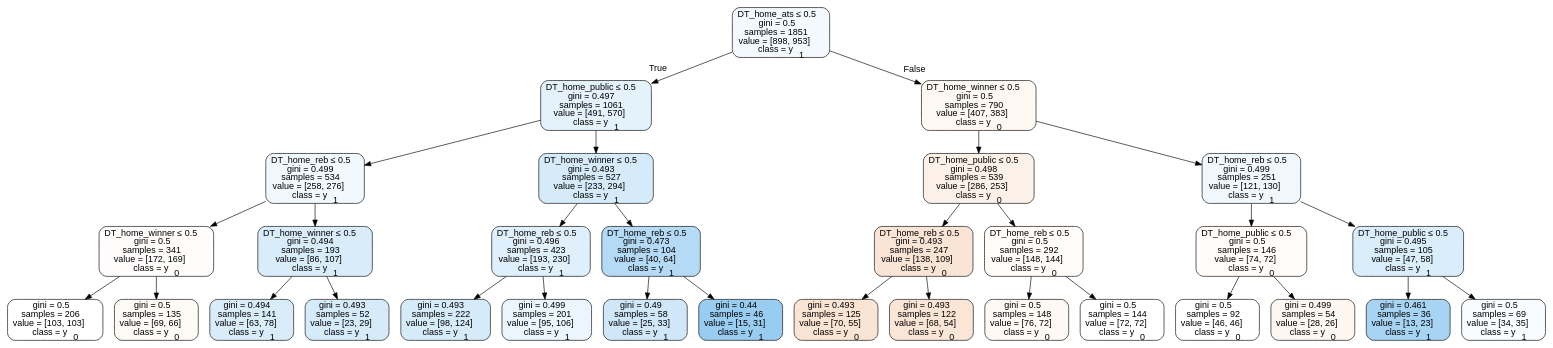
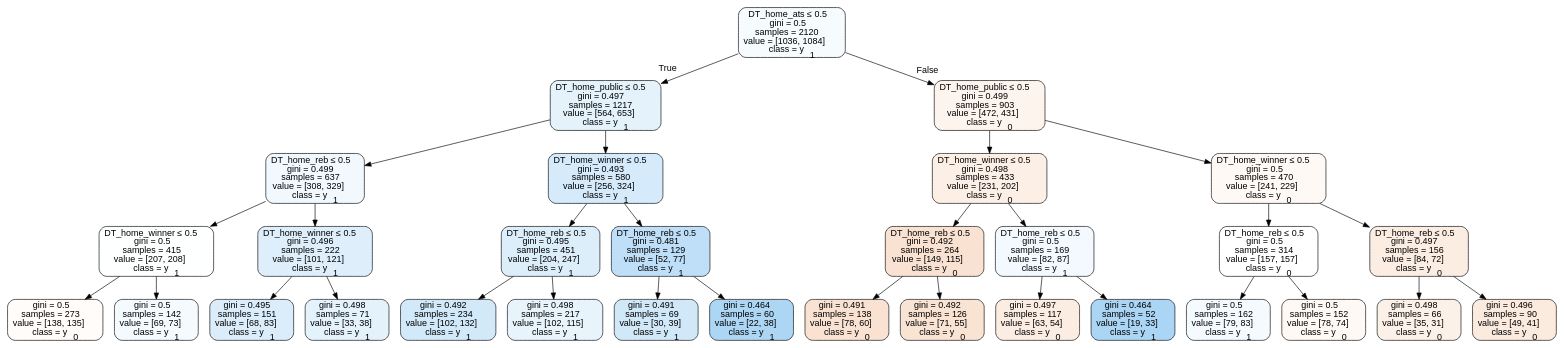
The diagram in Basketball/data/trees/tree2012neutral.dot (usbogie/ncaa-bets), drawn with Graphviz before and after one commit. The commit also changed 23 other files, not shown here.

```diff
--- a/Basketball/data/trees/tree2012neutral.dot
+++ b/Basketball/data/trees/tree2012neutral.dot
@@ -1,65 +1,65 @@
 digraph Tree {
 node [shape=box, style="filled, rounded", color="black", fontname=helvetica] ;
 edge [fontname=helvetica] ;
-0 [label=<DT_home_ats &le; 0.5<br/>gini = 0.5<br/>samples = 1851<br/>value = [898, 953]<br/>class = y<SUB>1</SUB>>, fillcolor="#399de50f"] ;
-1 [label=<DT_home_public &le; 0.5<br/>gini = 0.497<br/>samples = 1061<br/>value = [491, 570]<br/>class = y<SUB>1</SUB>>, fillcolor="#399de523"] ;
+0 [label=<DT_home_ats &le; 0.5<br/>gini = 0.5<br/>samples = 2120<br/>value = [1036, 1084]<br/>class = y<SUB>1</SUB>>, fillcolor="#399de50b"] ;
+1 [label=<DT_home_public &le; 0.5<br/>gini = 0.497<br/>samples = 1217<br/>value = [564, 653]<br/>class = y<SUB>1</SUB>>, fillcolor="#399de523"] ;
 0 -> 1 [labeldistance=2.5, labelangle=45, headlabel="True"] ;
-2 [label=<DT_home_reb &le; 0.5<br/>gini = 0.499<br/>samples = 534<br/>value = [258, 276]<br/>class = y<SUB>1</SUB>>, fillcolor="#399de511"] ;
+2 [label=<DT_home_reb &le; 0.5<br/>gini = 0.499<br/>samples = 637<br/>value = [308, 329]<br/>class = y<SUB>1</SUB>>, fillcolor="#399de510"] ;
 1 -> 2 ;
-3 [label=<DT_home_winner &le; 0.5<br/>gini = 0.5<br/>samples = 341<br/>value = [172, 169]<br/>class = y<SUB>0</SUB>>, fillcolor="#e5813904"] ;
+3 [label=<DT_home_winner &le; 0.5<br/>gini = 0.5<br/>samples = 415<br/>value = [207, 208]<br/>class = y<SUB>1</SUB>>, fillcolor="#399de501"] ;
 2 -> 3 ;
-4 [label=<gini = 0.5<br/>samples = 206<br/>value = [103, 103]<br/>class = y<SUB>0</SUB>>, fillcolor="#e5813900"] ;
+4 [label=<gini = 0.5<br/>samples = 273<br/>value = [138, 135]<br/>class = y<SUB>0</SUB>>, fillcolor="#e5813906"] ;
 3 -> 4 ;
-5 [label=<gini = 0.5<br/>samples = 135<br/>value = [69, 66]<br/>class = y<SUB>0</SUB>>, fillcolor="#e581390b"] ;
+5 [label=<gini = 0.5<br/>samples = 142<br/>value = [69, 73]<br/>class = y<SUB>1</SUB>>, fillcolor="#399de50e"] ;
 3 -> 5 ;
-6 [label=<DT_home_winner &le; 0.5<br/>gini = 0.494<br/>samples = 193<br/>value = [86, 107]<br/>class = y<SUB>1</SUB>>, fillcolor="#399de532"] ;
+6 [label=<DT_home_winner &le; 0.5<br/>gini = 0.496<br/>samples = 222<br/>value = [101, 121]<br/>class = y<SUB>1</SUB>>, fillcolor="#399de52a"] ;
 2 -> 6 ;
-7 [label=<gini = 0.494<br/>samples = 141<br/>value = [63, 78]<br/>class = y<SUB>1</SUB>>, fillcolor="#399de531"] ;
+7 [label=<gini = 0.495<br/>samples = 151<br/>value = [68, 83]<br/>class = y<SUB>1</SUB>>, fillcolor="#399de52e"] ;
 6 -> 7 ;
-8 [label=<gini = 0.493<br/>samples = 52<br/>value = [23, 29]<br/>class = y<SUB>1</SUB>>, fillcolor="#399de535"] ;
+8 [label=<gini = 0.498<br/>samples = 71<br/>value = [33, 38]<br/>class = y<SUB>1</SUB>>, fillcolor="#399de522"] ;
 6 -> 8 ;
-9 [label=<DT_home_winner &le; 0.5<br/>gini = 0.493<br/>samples = 527<br/>value = [233, 294]<br/>class = y<SUB>1</SUB>>, fillcolor="#399de535"] ;
+9 [label=<DT_home_winner &le; 0.5<br/>gini = 0.493<br/>samples = 580<br/>value = [256, 324]<br/>class = y<SUB>1</SUB>>, fillcolor="#399de536"] ;
 1 -> 9 ;
-10 [label=<DT_home_reb &le; 0.5<br/>gini = 0.496<br/>samples = 423<br/>value = [193, 230]<br/>class = y<SUB>1</SUB>>, fillcolor="#399de529"] ;
+10 [label=<DT_home_reb &le; 0.5<br/>gini = 0.495<br/>samples = 451<br/>value = [204, 247]<br/>class = y<SUB>1</SUB>>, fillcolor="#399de52c"] ;
 9 -> 10 ;
-11 [label=<gini = 0.493<br/>samples = 222<br/>value = [98, 124]<br/>class = y<SUB>1</SUB>>, fillcolor="#399de535"] ;
+11 [label=<gini = 0.492<br/>samples = 234<br/>value = [102, 132]<br/>class = y<SUB>1</SUB>>, fillcolor="#399de53a"] ;
 10 -> 11 ;
-12 [label=<gini = 0.499<br/>samples = 201<br/>value = [95, 106]<br/>class = y<SUB>1</SUB>>, fillcolor="#399de51a"] ;
+12 [label=<gini = 0.498<br/>samples = 217<br/>value = [102, 115]<br/>class = y<SUB>1</SUB>>, fillcolor="#399de51d"] ;
 10 -> 12 ;
-13 [label=<DT_home_reb &le; 0.5<br/>gini = 0.473<br/>samples = 104<br/>value = [40, 64]<br/>class = y<SUB>1</SUB>>, fillcolor="#399de560"] ;
+13 [label=<DT_home_reb &le; 0.5<br/>gini = 0.481<br/>samples = 129<br/>value = [52, 77]<br/>class = y<SUB>1</SUB>>, fillcolor="#399de553"] ;
 9 -> 13 ;
-14 [label=<gini = 0.49<br/>samples = 58<br/>value = [25, 33]<br/>class = y<SUB>1</SUB>>, fillcolor="#399de53e"] ;
+14 [label=<gini = 0.491<br/>samples = 69<br/>value = [30, 39]<br/>class = y<SUB>1</SUB>>, fillcolor="#399de53b"] ;
 13 -> 14 ;
-15 [label=<gini = 0.44<br/>samples = 46<br/>value = [15, 31]<br/>class = y<SUB>1</SUB>>, fillcolor="#399de584"] ;
+15 [label=<gini = 0.464<br/>samples = 60<br/>value = [22, 38]<br/>class = y<SUB>1</SUB>>, fillcolor="#399de56b"] ;
 13 -> 15 ;
-16 [label=<DT_home_winner &le; 0.5<br/>gini = 0.5<br/>samples = 790<br/>value = [407, 383]<br/>class = y<SUB>0</SUB>>, fillcolor="#e581390f"] ;
+16 [label=<DT_home_public &le; 0.5<br/>gini = 0.499<br/>samples = 903<br/>value = [472, 431]<br/>class = y<SUB>0</SUB>>, fillcolor="#e5813916"] ;
 0 -> 16 [labeldistance=2.5, labelangle=-45, headlabel="False"] ;
-17 [label=<DT_home_public &le; 0.5<br/>gini = 0.498<br/>samples = 539<br/>value = [286, 253]<br/>class = y<SUB>0</SUB>>, fillcolor="#e581391d"] ;
+17 [label=<DT_home_winner &le; 0.5<br/>gini = 0.498<br/>samples = 433<br/>value = [231, 202]<br/>class = y<SUB>0</SUB>>, fillcolor="#e5813920"] ;
 16 -> 17 ;
-18 [label=<DT_home_reb &le; 0.5<br/>gini = 0.493<br/>samples = 247<br/>value = [138, 109]<br/>class = y<SUB>0</SUB>>, fillcolor="#e5813936"] ;
+18 [label=<DT_home_reb &le; 0.5<br/>gini = 0.492<br/>samples = 264<br/>value = [149, 115]<br/>class = y<SUB>0</SUB>>, fillcolor="#e581393a"] ;
 17 -> 18 ;
-19 [label=<gini = 0.493<br/>samples = 125<br/>value = [70, 55]<br/>class = y<SUB>0</SUB>>, fillcolor="#e5813937"] ;
+19 [label=<gini = 0.491<br/>samples = 138<br/>value = [78, 60]<br/>class = y<SUB>0</SUB>>, fillcolor="#e581393b"] ;
 18 -> 19 ;
-20 [label=<gini = 0.493<br/>samples = 122<br/>value = [68, 54]<br/>class = y<SUB>0</SUB>>, fillcolor="#e5813934"] ;
+20 [label=<gini = 0.492<br/>samples = 126<br/>value = [71, 55]<br/>class = y<SUB>0</SUB>>, fillcolor="#e5813939"] ;
 18 -> 20 ;
-21 [label=<DT_home_reb &le; 0.5<br/>gini = 0.5<br/>samples = 292<br/>value = [148, 144]<br/>class = y<SUB>0</SUB>>, fillcolor="#e5813907"] ;
+21 [label=<DT_home_reb &le; 0.5<br/>gini = 0.5<br/>samples = 169<br/>value = [82, 87]<br/>class = y<SUB>1</SUB>>, fillcolor="#399de50f"] ;
 17 -> 21 ;
-22 [label=<gini = 0.5<br/>samples = 148<br/>value = [76, 72]<br/>class = y<SUB>0</SUB>>, fillcolor="#e581390d"] ;
+22 [label=<gini = 0.497<br/>samples = 117<br/>value = [63, 54]<br/>class = y<SUB>0</SUB>>, fillcolor="#e5813924"] ;
 21 -> 22 ;
-23 [label=<gini = 0.5<br/>samples = 144<br/>value = [72, 72]<br/>class = y<SUB>0</SUB>>, fillcolor="#e5813900"] ;
+23 [label=<gini = 0.464<br/>samples = 52<br/>value = [19, 33]<br/>class = y<SUB>1</SUB>>, fillcolor="#399de56c"] ;
 21 -> 23 ;
-24 [label=<DT_home_reb &le; 0.5<br/>gini = 0.499<br/>samples = 251<br/>value = [121, 130]<br/>class = y<SUB>1</SUB>>, fillcolor="#399de512"] ;
+24 [label=<DT_home_winner &le; 0.5<br/>gini = 0.5<br/>samples = 470<br/>value = [241, 229]<br/>class = y<SUB>0</SUB>>, fillcolor="#e581390d"] ;
 16 -> 24 ;
-25 [label=<DT_home_public &le; 0.5<br/>gini = 0.5<br/>samples = 146<br/>value = [74, 72]<br/>class = y<SUB>0</SUB>>, fillcolor="#e5813907"] ;
+25 [label=<DT_home_reb &le; 0.5<br/>gini = 0.5<br/>samples = 314<br/>value = [157, 157]<br/>class = y<SUB>0</SUB>>, fillcolor="#e5813900"] ;
 24 -> 25 ;
-26 [label=<gini = 0.5<br/>samples = 92<br/>value = [46, 46]<br/>class = y<SUB>0</SUB>>, fillcolor="#e5813900"] ;
+26 [label=<gini = 0.5<br/>samples = 162<br/>value = [79, 83]<br/>class = y<SUB>1</SUB>>, fillcolor="#399de50c"] ;
 25 -> 26 ;
-27 [label=<gini = 0.499<br/>samples = 54<br/>value = [28, 26]<br/>class = y<SUB>0</SUB>>, fillcolor="#e5813912"] ;
+27 [label=<gini = 0.5<br/>samples = 152<br/>value = [78, 74]<br/>class = y<SUB>0</SUB>>, fillcolor="#e581390d"] ;
 25 -> 27 ;
-28 [label=<DT_home_public &le; 0.5<br/>gini = 0.495<br/>samples = 105<br/>value = [47, 58]<br/>class = y<SUB>1</SUB>>, fillcolor="#399de530"] ;
+28 [label=<DT_home_reb &le; 0.5<br/>gini = 0.497<br/>samples = 156<br/>value = [84, 72]<br/>class = y<SUB>0</SUB>>, fillcolor="#e5813924"] ;
 24 -> 28 ;
-29 [label=<gini = 0.461<br/>samples = 36<br/>value = [13, 23]<br/>class = y<SUB>1</SUB>>, fillcolor="#399de56f"] ;
+29 [label=<gini = 0.498<br/>samples = 66<br/>value = [35, 31]<br/>class = y<SUB>0</SUB>>, fillcolor="#e581391d"] ;
 28 -> 29 ;
-30 [label=<gini = 0.5<br/>samples = 69<br/>value = [34, 35]<br/>class = y<SUB>1</SUB>>, fillcolor="#399de507"] ;
+30 [label=<gini = 0.496<br/>samples = 90<br/>value = [49, 41]<br/>class = y<SUB>0</SUB>>, fillcolor="#e581392a"] ;
 28 -> 30 ;
 }
```
